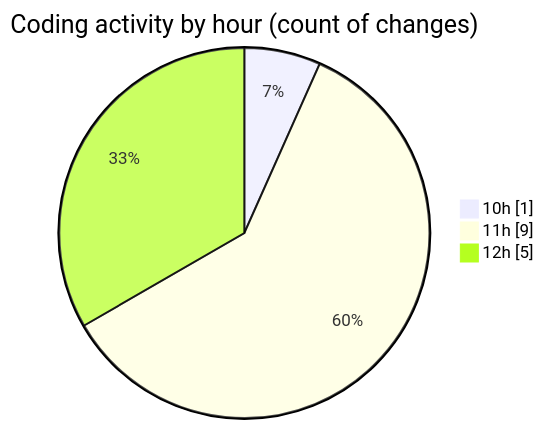
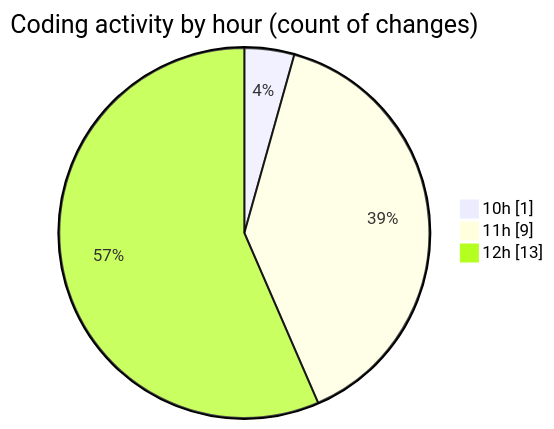
Before and after one commit to nxtqubesakshisongat/code-tracking: the second of 2 diagrams in 2025-07-10/argos/README.md, drawn with Mermaid. The commit also changed other lines of this file and 1 other file, not shown here.

````diff
--- a/2025-07-10/argos/README.md
+++ b/2025-07-10/argos/README.md
@@ -29,7 +30,7 @@
 ```mermaid
 pie showData
 title Coding activity by hour (count of changes)
 "10h" : 1
 "11h" : 9
-"12h" : 5
+"12h" : 13
 ```
````
